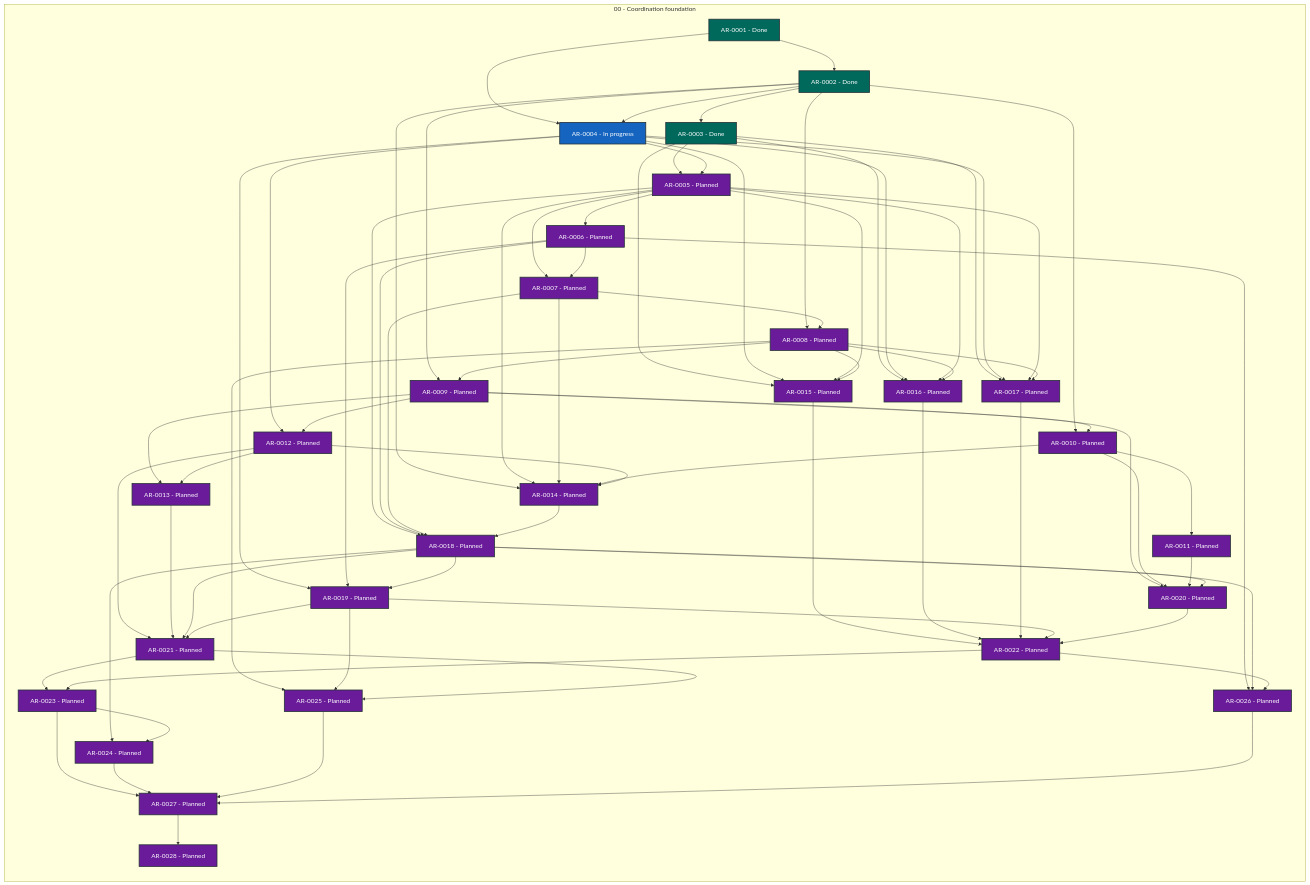
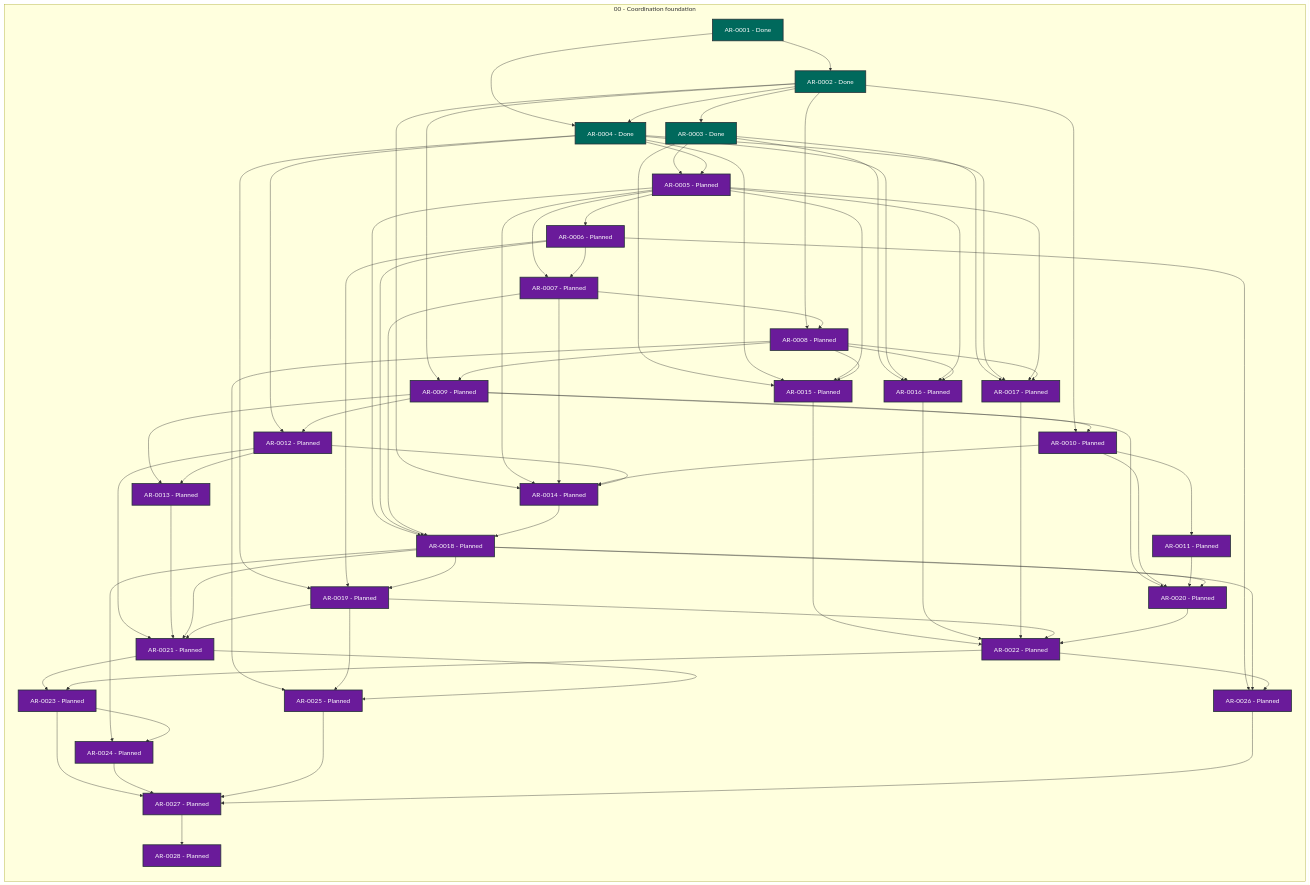
The diagram in STATUS.md (martin-beck/agent-workflow-runtime-state), drawn with Mermaid before and after one commit. The commit also changed other lines of this file and 2 other files, not shown here.

```diff
--- a/STATUS.md
+++ b/STATUS.md
@@ -31,7 +31,7 @@
         AR_0001["AR-0001 - Done"]:::status_done
         AR_0002["AR-0002 - Done"]:::status_done
         AR_0003["AR-0003 - Done"]:::status_done
-        AR_0004["AR-0004 - In progress"]:::status_in_progress
+        AR_0004["AR-0004 - Done"]:::status_done
         AR_0005["AR-0005 - Planned"]:::status_planned
         AR_0006["AR-0006 - Planned"]:::status_planned
         AR_0007["AR-0007 - Planned"]:::status_planned
```
